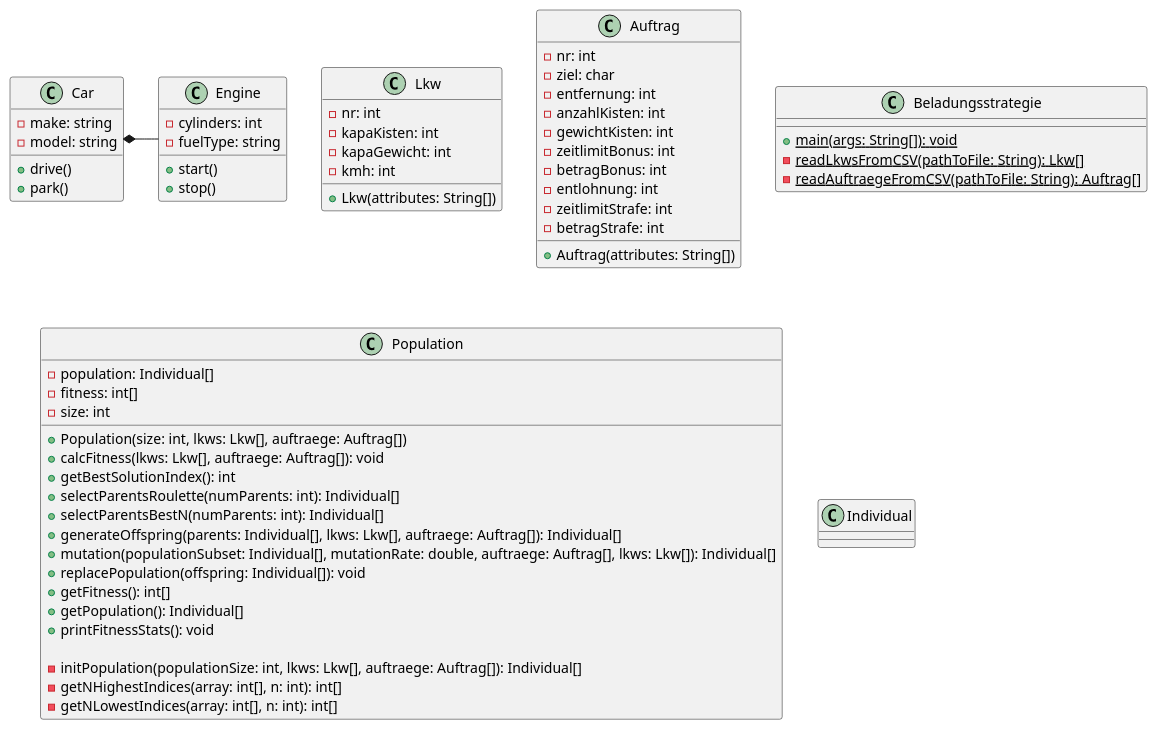
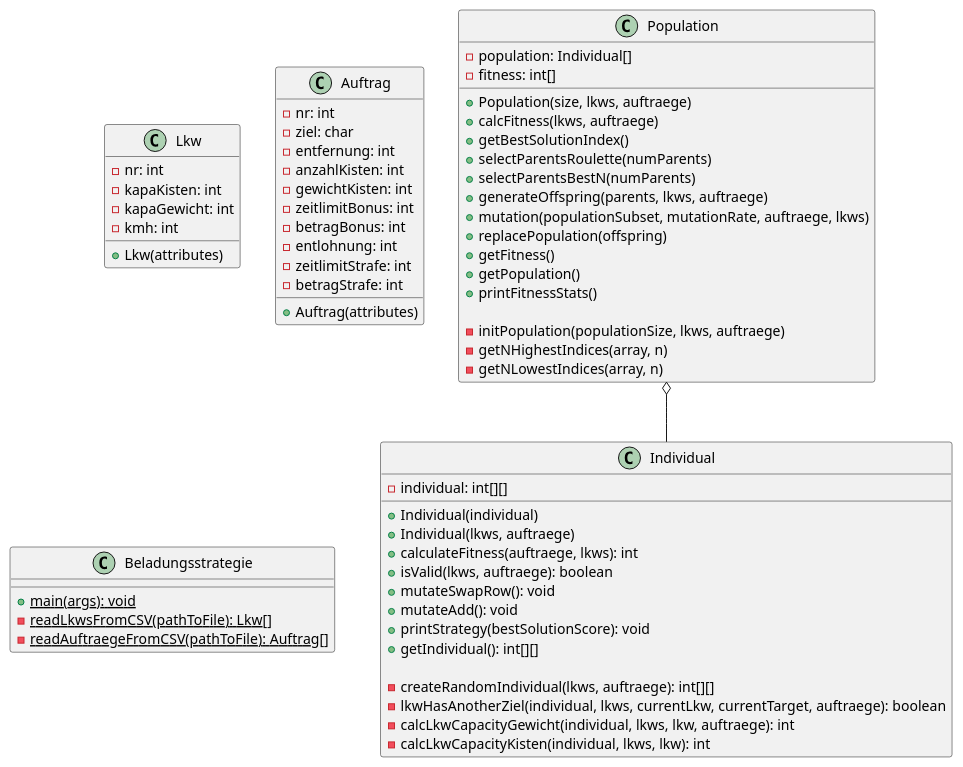
One commit to AnjaNiedermeier/geneticAlgorithmKI changed the diagram in uml.puml. Above: the diagram before and after it, drawn with PlantUML. The commit also changed 1 other file, not shown here.

```diff
--- a/uml.puml
+++ b/uml.puml
@@ -1,75 +1,74 @@
 @startuml
 
 class Lkw {
   - nr: int
   - kapaKisten: int
   - kapaGewicht: int
   - kmh: int
 
-  + Lkw(attributes: String[])
+  + Lkw(attributes)
 }
 
 class Auftrag {
   - nr: int
   - ziel: char
   - entfernung: int
   - anzahlKisten: int
   - gewichtKisten: int
   - zeitlimitBonus: int
   - betragBonus: int
   - entlohnung: int
   - zeitlimitStrafe: int
   - betragStrafe: int
 
-  + Auftrag(attributes: String[])
+  + Auftrag(attributes)
 }
 
 class Beladungsstrategie {
-  + {static} main(args: String[]): void
-  - {static} readLkwsFromCSV(pathToFile: String): Lkw[]
-  - {static} readAuftraegeFromCSV(pathToFile: String): Auftrag[]
+  + {static} main(args): void
+  - {static} readLkwsFromCSV(pathToFile): Lkw[]
+  - {static} readAuftraegeFromCSV(pathToFile): Auftrag[]
 }
 
 class Population {
   - population: Individual[]
   - fitness: int[]
-  - size: int
 
-  + Population(size: int, lkws: Lkw[], auftraege: Auftrag[])
-  + calcFitness(lkws: Lkw[], auftraege: Auftrag[]): void
-  + getBestSolutionIndex(): int
-  + selectParentsRoulette(numParents: int): Individual[]
-  + selectParentsBestN(numParents: int): Individual[]
-  + generateOffspring(parents: Individual[], lkws: Lkw[], auftraege: Auftrag[]): Individual[]
-  + mutation(populationSubset: Individual[], mutationRate: double, auftraege: Auftrag[], lkws: Lkw[]): Individual[]
-  + replacePopulation(offspring: Individual[]): void
-  + getFitness(): int[]
-  + getPopulation(): Individual[]
-  + printFitnessStats(): void
+  + Population(size, lkws, auftraege)
+  + calcFitness(lkws, auftraege)
+  + getBestSolutionIndex()
+  + selectParentsRoulette(numParents)
+  + selectParentsBestN(numParents)
+  + generateOffspring(parents, lkws, auftraege)
+  + mutation(populationSubset, mutationRate, auftraege, lkws)
+  + replacePopulation(offspring)
+  + getFitness()
+  + getPopulation()
+  + printFitnessStats()
 
-  - initPopulation(populationSize: int, lkws: Lkw[], auftraege: Auftrag[]): Individual[]
-  - getNHighestIndices(array: int[], n: int): int[]
-  - getNLowestIndices(array: int[], n: int): int[]
+  - initPopulation(populationSize, lkws, auftraege)
+  - getNHighestIndices(array, n)
+  - getNLowestIndices(array, n)
 }
 
-class Individual{
+class Individual {
+  - individual: int[][]
 
+  + Individual(individual)
+  + Individual(lkws, auftraege)
+  + calculateFitness(auftraege, lkws): int
+  + isValid(lkws, auftraege): boolean
+  + mutateSwapRow(): void
+  + mutateAdd(): void
+  + printStrategy(bestSolutionScore): void
+  + getIndividual(): int[][]
+
+  - createRandomIndividual(lkws, auftraege): int[][]
+  - lkwHasAnotherZiel(individual, lkws, currentLkw, currentTarget, auftraege): boolean
+  - calcLkwCapacityGewicht(individual, lkws, lkw, auftraege): int
+  - calcLkwCapacityKisten(individual, lkws, lkw): int
 }
 
-class Car {
-  - make: string
-  - model: string
-  + drive()
-  + park()
-}
 
-class Engine {
-  - cylinders: int
-  - fuelType: string
-  + start()
-  + stop()
-}
-
-Car *- Engine
-
+Population o-- Individual
 @enduml
```
